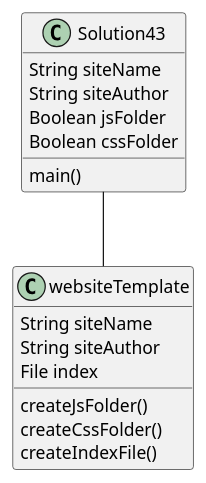
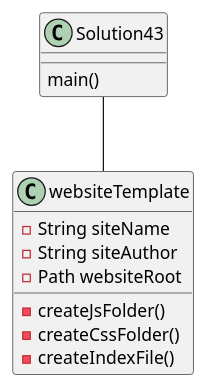
One commit to Perry-codes/perry-a04 changed the diagram in exercise43/docs/Solution43UML.puml. Above: the diagram before and after it, drawn with PlantUML. The commit also changed 26 other files, not shown here.

```diff
--- a/exercise43/docs/Solution43UML.puml
+++ b/exercise43/docs/Solution43UML.puml
@@ -1,24 +1,20 @@
 @startuml
 
 class Solution43 {
-String siteName
-String siteAuthor
-Boolean jsFolder
-Boolean cssFolder
 main()
 }
 
 class websiteTemplate{
-String siteName
-String siteAuthor
-File index
+-String siteName
+-String siteAuthor
+-Path websiteRoot
 
-createJsFolder()
-createCssFolder()
-createIndexFile()
+-createJsFolder()
+-createCssFolder()
+-createIndexFile()
 
 }
 
 Solution43 -- websiteTemplate
 
 @enduml
```
